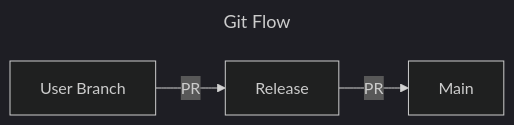
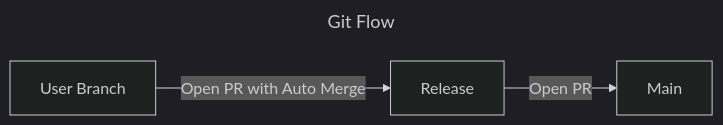
Before and after one commit to boromir674/automated-workflows: the first of 2 diagrams in docs/guides/gitops/guide_setup_gitops_release_me.md, drawn with Mermaid (dark theme). The commit also changed other lines of this file and 12 other files, not shown here.

````diff
--- a/docs/guides/gitops/guide_setup_gitops_release_me.md
+++ b/docs/guides/gitops/guide_setup_gitops_release_me.md
@@ -76,9 +12,9 @@
 ```mermaid
 ---
 title: Git Flow
 ---
 graph LR;
   A[User Branch]
-  A --PR --> B[Release]
-  B--PR --> C[Main]
+  A --Open PR with Auto Merge --> B[Release]
+  B--Open PR --> C[Main]
 ```
````
